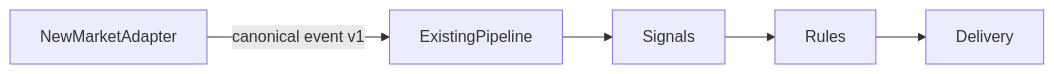
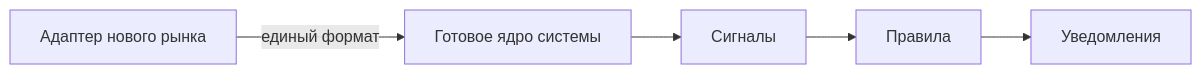
One commit to MarchenkoRuslan/alarm_system changed the seventh of 7 diagrams in docs/architecture/architecture-deck.md. Above: the diagram before and after it, drawn with Mermaid. The commit also changed other lines of this file, not shown here.

Commit message:
Translate architecture documentation to Russian and update terminology for clarity and consistency.

````diff
--- a/docs/architecture/architecture-deck.md
+++ b/docs/architecture/architecture-deck.md
@@ -296,7 +294,7 @@
 ```mermaid
 flowchart LR
-  New[NewMarketAdapter] -->|"canonical event v1"| Pipeline[ExistingPipeline]
-  Pipeline --> Signals
-  Signals --> Rules
-  Rules --> Delivery
+  New[Адаптер нового рынка] -->|"единый формат"| Pipeline[Готовое ядро системы]
+  Pipeline --> Signals[Сигналы]
+  Signals --> Rules[Правила]
+  Rules --> Delivery[Уведомления]
 ```
````
